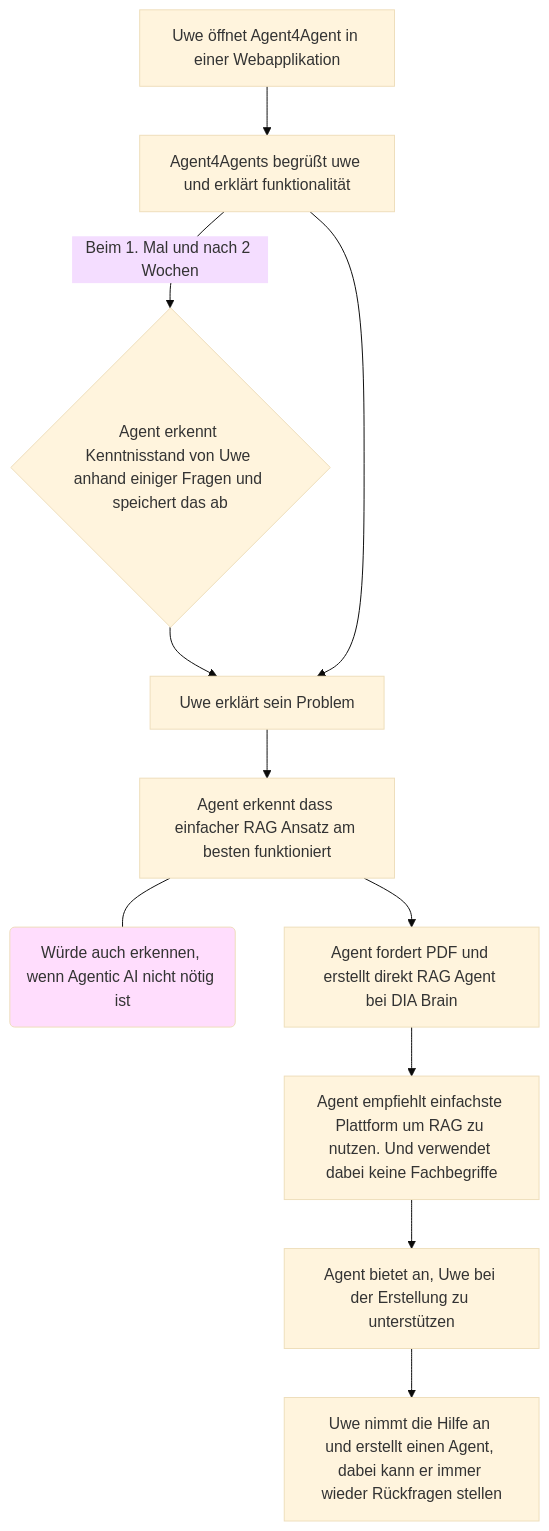
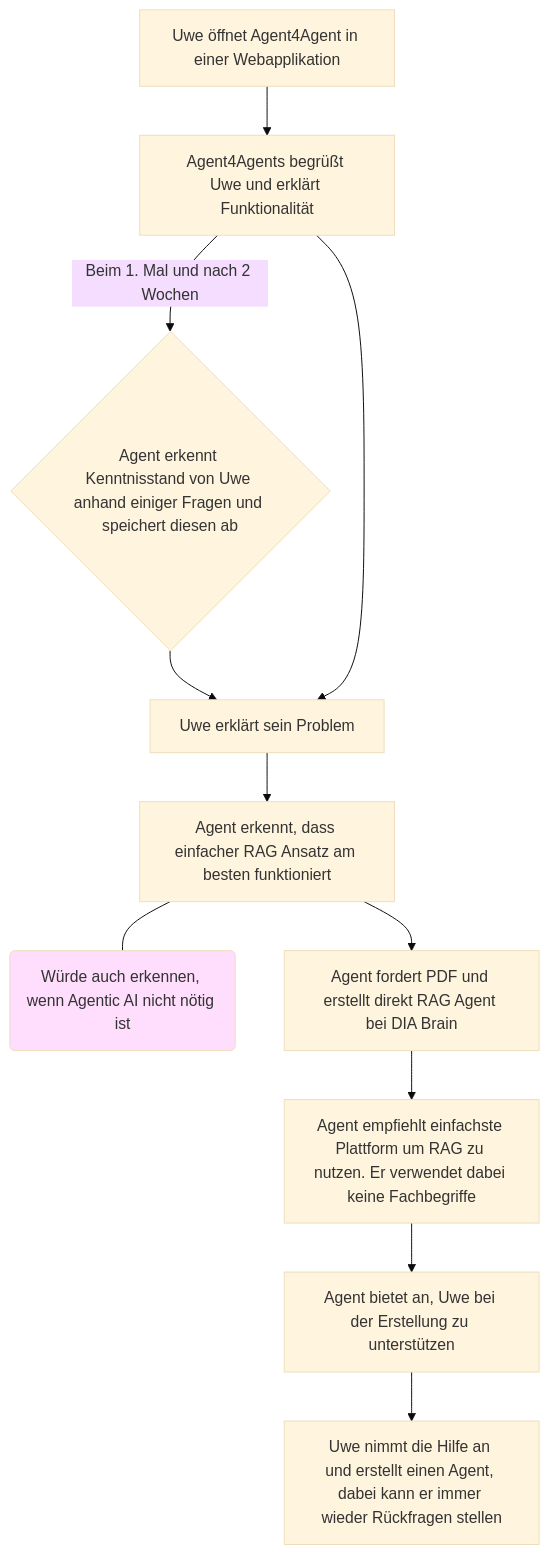
The first of 4 diagrams in Ideation/User Personas and UseCases.md (agentic-ai-ws2526-group-c/agent4agents-documentation), drawn with Mermaid (base theme) before and after one commit. The commit also changed other lines of this file, not shown here.

````diff
--- a/Ideation/User Personas and UseCases.md
+++ b/Ideation/User Personas and UseCases.md
@@ -25,14 +25,14 @@
 ```mermaid
 graph TD
-    A[Uwe öffnet Agent4Agent in einer Webapplikation] --> B[Agent4Agents begrüßt uwe und erklärt funktionalität];
-    B -- ""Beim 1. Mal und nach 2 Wochen"" --> C{Agent erkennt Kenntnisstand von Uwe anhand einiger Fragen und speichert das ab};
+    A[Uwe öffnet Agent4Agent in einer Webapplikation] --> B[Agent4Agents begrüßt Uwe und erklärt Funktionalität];
+    B -- ""Beim 1. Mal und nach 2 Wochen"" --> C{Agent erkennt Kenntnisstand von Uwe anhand einiger Fragen und speichert diesen ab};
     C --> D[Uwe erklärt sein Problem];
     B --> D;
-    D --> E[Agent erkennt dass einfacher RAG Ansatz am besten funktioniert];
+    D --> E[Agent erkennt, dass einfacher RAG Ansatz am besten funktioniert];
     E --- F(Würde auch erkennen, wenn Agentic AI nicht nötig ist);
     E --> G[Agent fordert PDF und erstellt direkt RAG Agent bei DIA Brain];
-    G --> H[Agent empfiehlt einfachste Plattform um RAG zu nutzen. Und verwendet dabei keine Fachbegriffe];
+    G --> H[Agent empfiehlt einfachste Plattform um RAG zu nutzen. Er verwendet dabei keine Fachbegriffe];
     H --> I[Agent bietet an, Uwe bei der Erstellung zu unterstützen];
     I --> J[Uwe nimmt die Hilfe an und erstellt einen Agent, dabei kann er immer wieder Rückfragen stellen];
     style F fill:#FFDDFD
 ```
````
